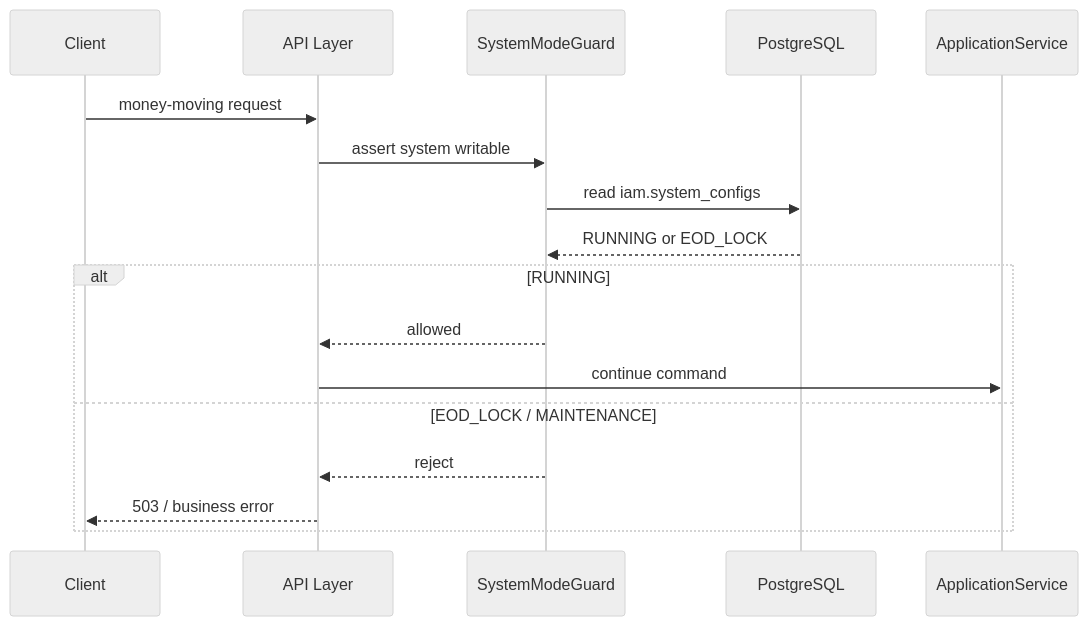
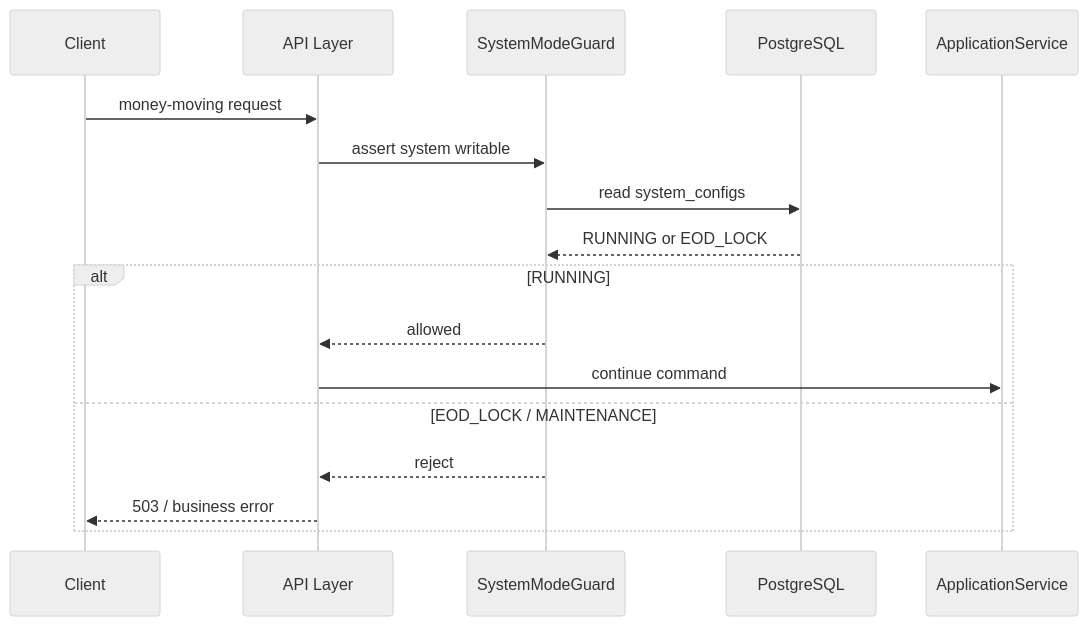
Diagram 11 of 11 in 16-sequence-diagrams.md (MaiHuyHoang592004/corebank-api), drawn with Mermaid (neutral theme) before and after one commit. The commit also changed other lines of this file and 8 other files, not shown here.

Commit message:
docs: sync progress and architecture notes; remove local agent artifact

````diff
--- a/16-sequence-diagrams.md
+++ b/16-sequence-diagrams.md
@@ -316,21 +316,21 @@
 ```mermaid
 sequenceDiagram
     participant C as Client
     participant API as API Layer
     participant MODE as SystemModeGuard
     participant DB as PostgreSQL
     participant APP as ApplicationService
 
     C->>API: money-moving request
     API->>MODE: assert system writable
-    MODE->>DB: read iam.system_configs
+    MODE->>DB: read system_configs
     DB-->>MODE: RUNNING or EOD_LOCK
 
     alt RUNNING
         MODE-->>API: allowed
         API->>APP: continue command
     else EOD_LOCK / MAINTENANCE
         MODE-->>API: reject
         API-->>C: 503 / business error
     end
 ```
````
